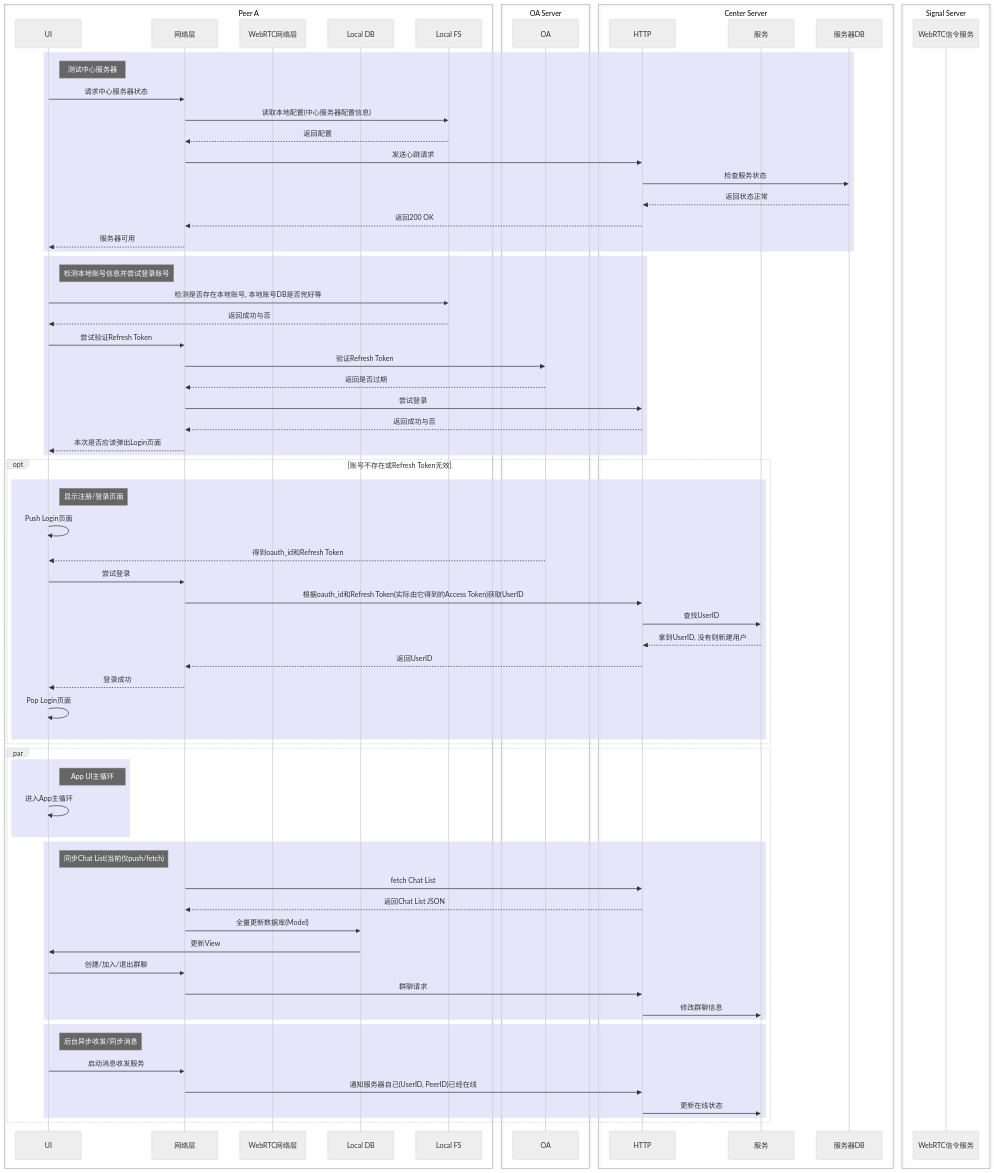
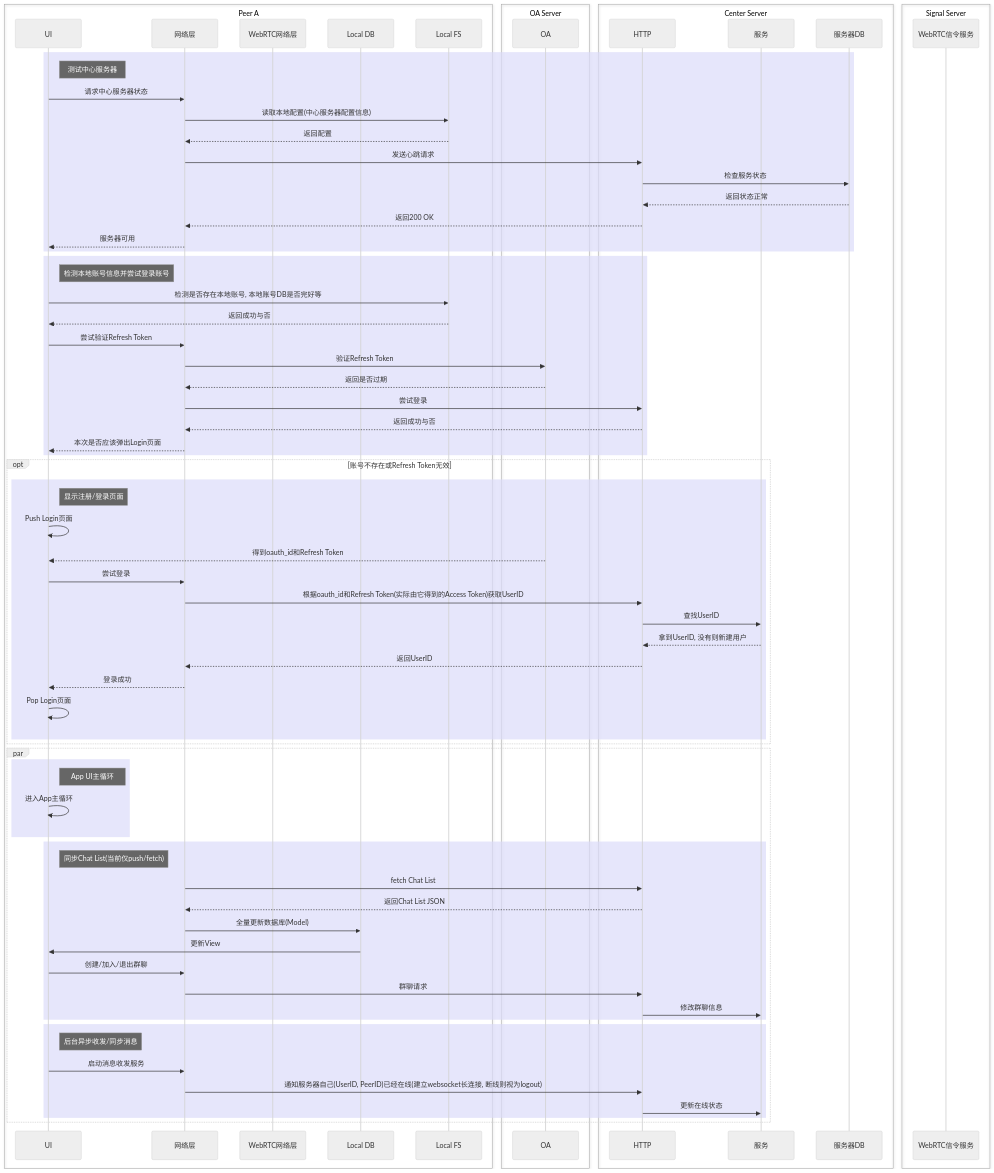
Before and after one commit to Bobby-Ling/Chatorrent: the diagram in docs/Design.md, drawn with Mermaid (neutral theme). The commit also changed other lines of this file, not shown here.

Commit message:
design: center server api json schema

```diff
--- a/docs/Design.md
+++ b/docs/Design.md
@@ -120,7 +120,7 @@
         rect rgba(220, 220, 250, 0.7)
             Note right of C_UI: 后台异步收发/同步消息
             C_UI->>C_Net: 启动消息收发服务
-            C_Net->>S_Http: 通知服务器自己(UserID, PeerID)已经在线
+            C_Net->>S_Http: 通知服务器自己(UserID, PeerID)已经在线(建立websocket长连接, 断线则视为logout)
             S_Http->>S_Service: 更新在线状态
         end
     end
```
